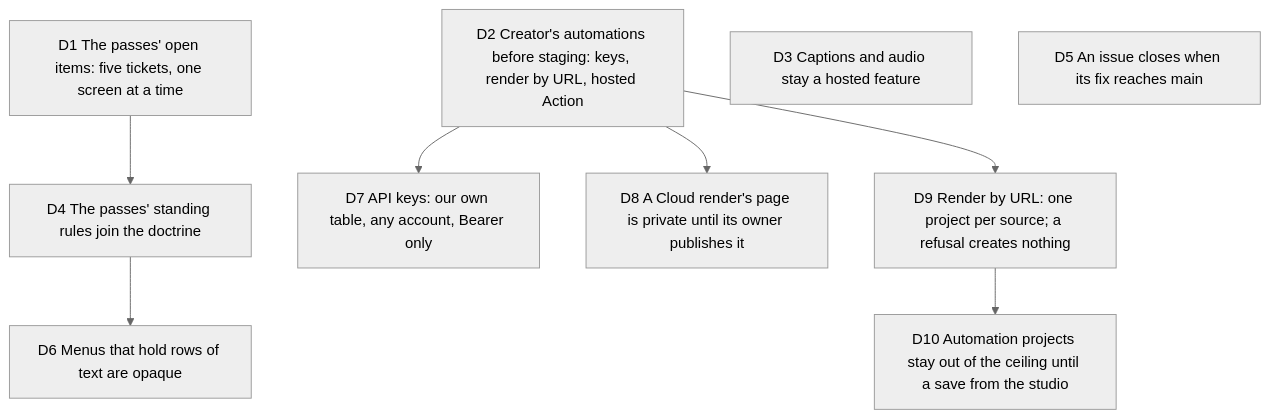
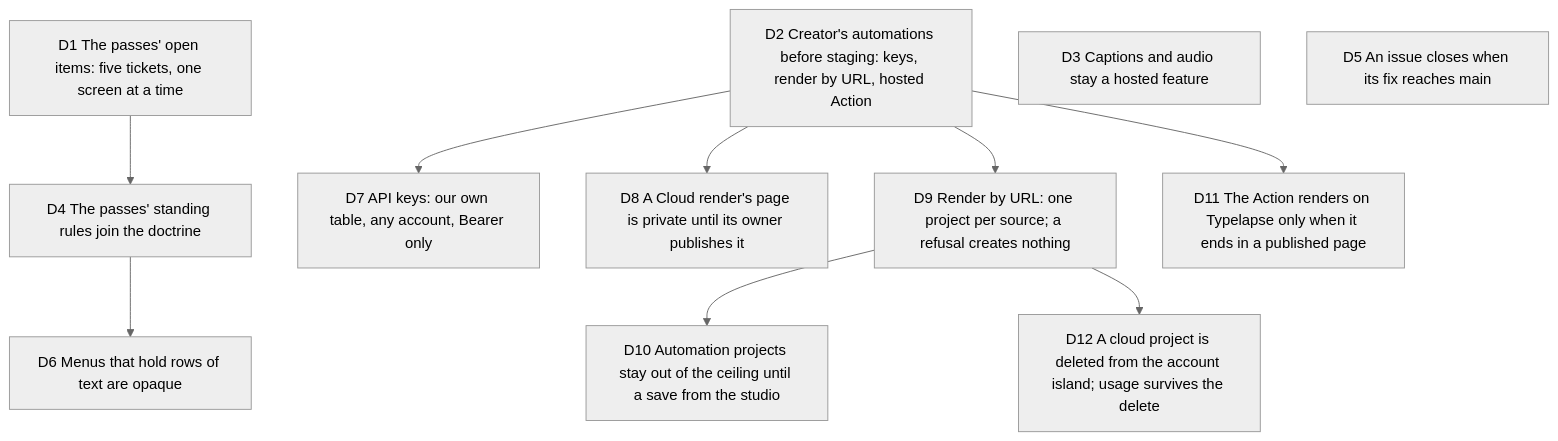
One commit to delhombre/typelapse changed the diagram in docs/decisions/2026-10-05-next-wave.md. Above: the diagram before and after it, drawn with Mermaid (neutral theme). The commit also changed other lines of this file, not shown here.

Commit message:
docs(decisions): the Action's hosted output falls back to the runner; cloud projects are deleted from the island

````diff
--- a/docs/decisions/2026-10-05-next-wave.md
+++ b/docs/decisions/2026-10-05-next-wave.md
@@ -21,14 +21,16 @@
 ```mermaid
 flowchart TD
   D1["D1 The passes' open items: five tickets, one screen at a time"]
   D2["D2 Creator's automations before staging: keys, render by URL, hosted Action"]
   D3["D3 Captions and audio stay a hosted feature"]
   D4["D4 The passes' standing rules join the doctrine"]
   D5["D5 An issue closes when its fix reaches main"]
   D1 --> D4
   D4 --> D6["D6 Menus that hold rows of text are opaque"]
   D2 --> D7["D7 API keys: our own table, any account, Bearer only"]
   D2 --> D8["D8 A Cloud render's page is private until its owner publishes it"]
   D2 --> D9["D9 Render by URL: one project per source; a refusal creates nothing"]
   D9 --> D10["D10 Automation projects stay out of the ceiling until a save from the studio"]
+  D2 --> D11["D11 The Action renders on Typelapse only when it ends in a published page"]
+  D9 --> D12["D12 A cloud project is deleted from the account island; usage survives the delete"]
 ```
````
